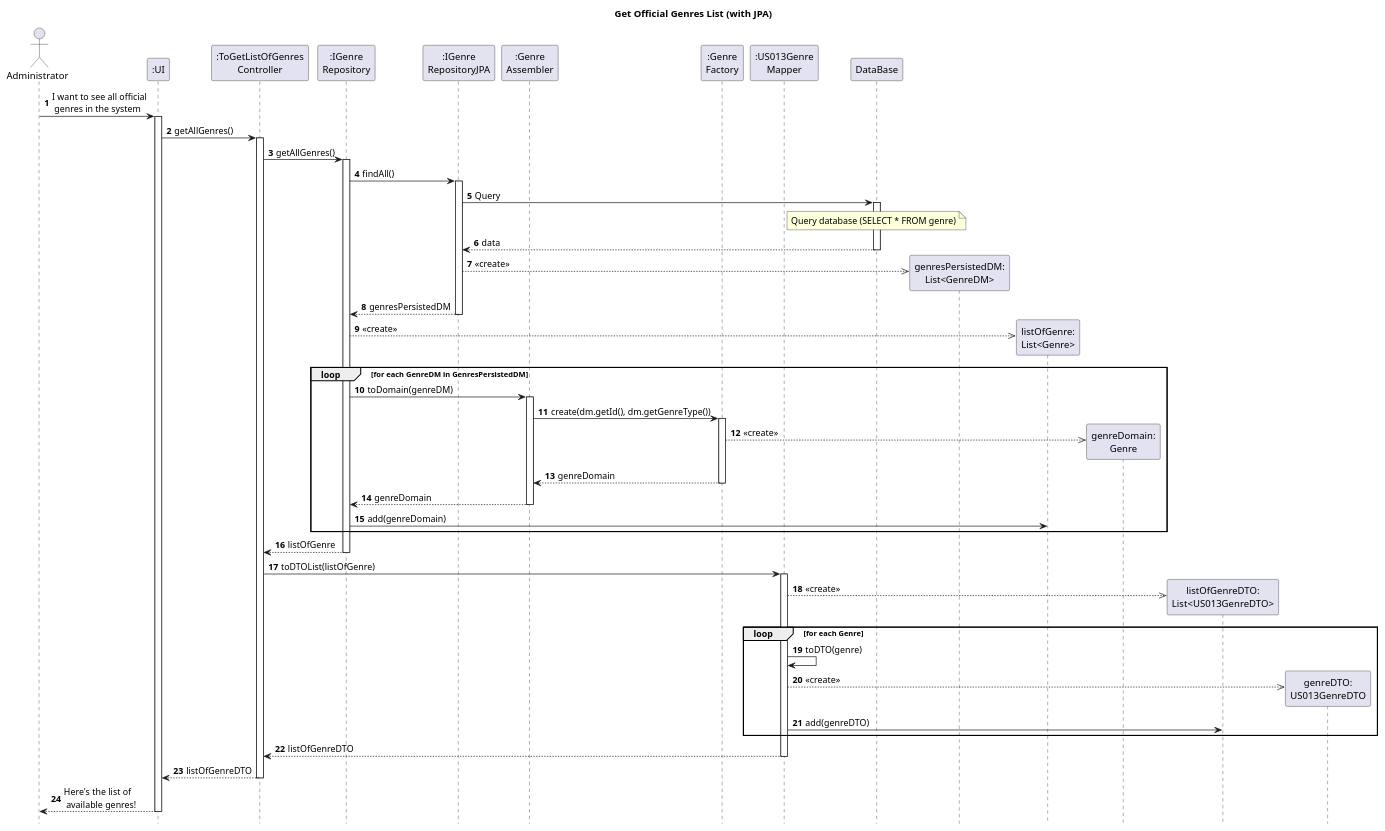
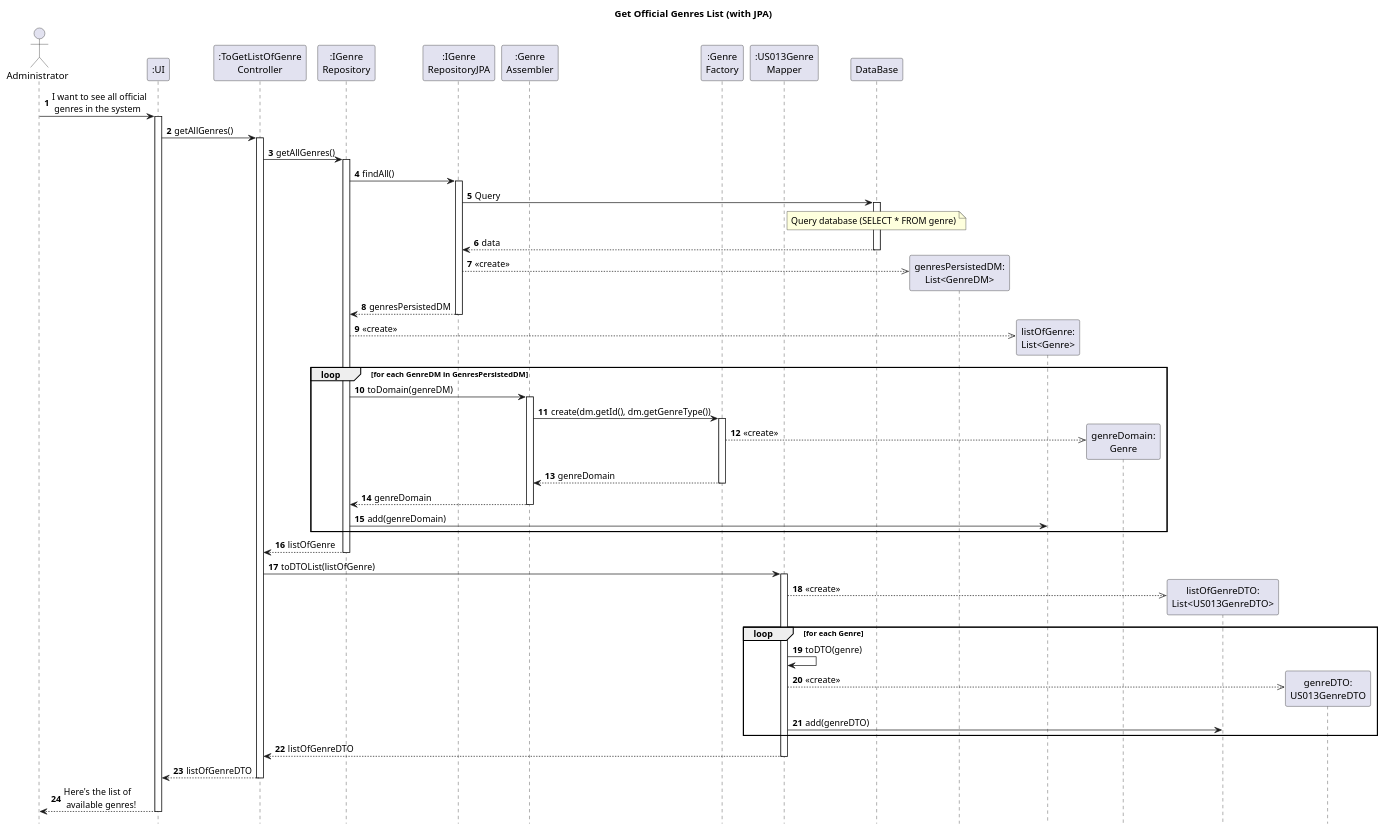
The diagram in Diagrams/SequenceDiagrams/N2/To-get-official-genres-list.puml (AndrePereiraGitH/SWitCH-Project-Team_A), drawn with PlantUML before and after one commit. The commit also changed 2 other files, not shown here.

Commit message:
Doc(#692): rename diagram entities to singular form and update constructor to use the interface instead of the concrete class

```diff
--- a/Diagrams/SequenceDiagrams/N2/To-get-official-genres-list.puml
+++ b/Diagrams/SequenceDiagrams/N2/To-get-official-genres-list.puml
@@ -1,92 +1,92 @@
 @startuml
 autonumber
 hide footbox
 title Get Official Genres List (with JPA)
 
 actor Administrator as User
 
 participant ":UI" as UI
-participant ":ToGetListOfGenres\nController" as C
+participant ":ToGetListOfGenre\nController" as C
 participant ":IGenre\nRepository" as GR
 participant ":IGenre\nRepositoryJPA" as GRJPA
 participant ":Genre\nAssembler" as Assembler
 participant ":Genre\nFactory" as Factory
 participant ":US013Genre\nMapper" as MAPPER
 participant "DataBase" as EM
 
 User -> UI : I want to see all official\n genres in the system
 activate UI
 
 UI -> C : getAllGenres()
 activate C
 
 C -> GR : getAllGenres()
 activate GR
 
 GR -> GRJPA : findAll()
 activate GRJPA
 
 GRJPA -> EM : Query
 activate EM
 
 note over EM
 Query database (SELECT * FROM genre)
 end note
 
 EM --> GRJPA : data
 deactivate EM
 
 create "genresPersistedDM:\nList<GenreDM>" as genresPersisted
 GRJPA -->> genresPersisted : <<create>>
 
 GRJPA --> GR : genresPersistedDM
 deactivate GRJPA
 
 create "listOfGenre:\nList<Genre>" as listDomain
 GR -->> listDomain : <<create>>
 
 loop for each GenreDM in GenresPersistedDM
     GR -> Assembler : toDomain(genreDM)
     activate Assembler
 
     Assembler -> Factory : create(dm.getId(), dm.getGenreType())
     activate Factory
 
     create "genreDomain:\nGenre" as genreDomain
     Factory -->> genreDomain : <<create>>
 
     Factory --> Assembler : genreDomain
     deactivate Factory
 
     Assembler --> GR : genreDomain
     deactivate Assembler
 
     GR -> listDomain : add(genreDomain)
 end
 
 GR --> C : listOfGenre
 deactivate GR
 
 C -> MAPPER : toDTOList(listOfGenre)
 activate MAPPER
 
 create "listOfGenreDTO:\nList<US013GenreDTO>" as listDTO
 MAPPER -->> listDTO : <<create>>
 
 loop for each Genre
     MAPPER -> MAPPER : toDTO(genre)
     create "genreDTO:\nUS013GenreDTO" as genreDTO
     MAPPER -->> genreDTO : <<create>>
     MAPPER -> listDTO : add(genreDTO)
 end
 
 MAPPER --> C : listOfGenreDTO
 deactivate MAPPER
 
 C --> UI : listOfGenreDTO
 deactivate C
 
 UI --> User : Here's the list of\n available genres!
 deactivate UI
 
 @enduml
```
